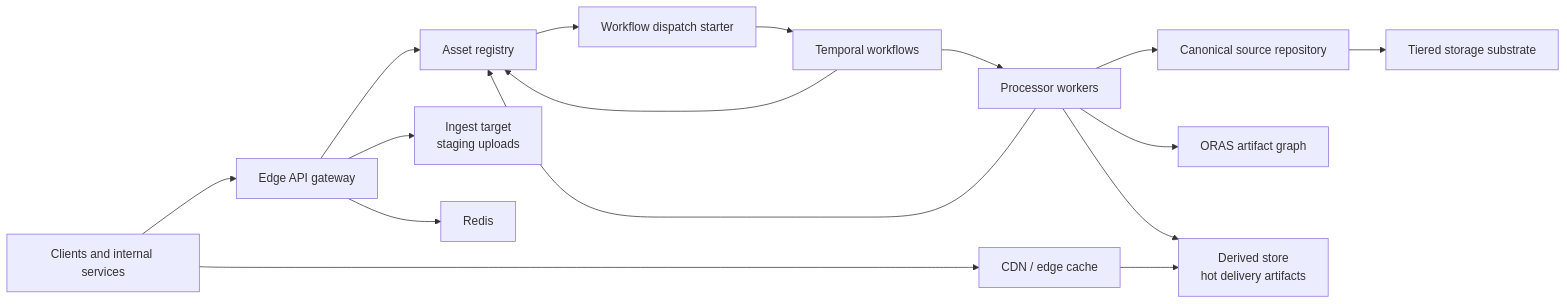
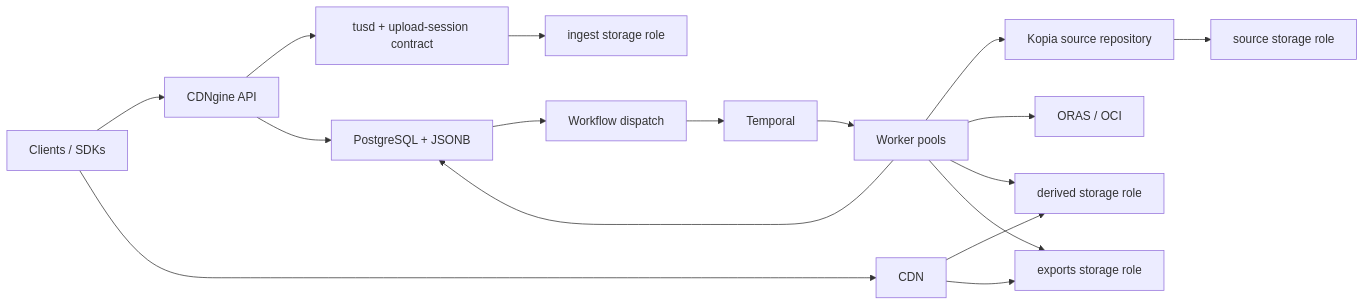
Before and after one commit to Yeusepe/cdngine: the first of 15 diagrams in docs/architecture.md, drawn with Mermaid. The commit also changed other lines of this file and 23 other files, not shown here.

````diff
--- a/docs/architecture.md
+++ b/docs/architecture.md
@@ -154,18 +154,19 @@
 ```mermaid
 flowchart LR
-    Clients["Clients and internal services"] --> Gateway["Edge API gateway"]
-    Gateway --> Registry["Asset registry"]
-    Gateway --> Ingest["Ingest target\nstaging uploads"]
-    Gateway --> Redis["Redis"]
-    Registry --> Starter["Workflow dispatch starter"]
-    Starter --> Temporal["Temporal workflows"]
-    Temporal --> Workers["Processor workers"]
-    Workers --> SourceRepo["Canonical source repository"]
-    SourceRepo --> Tiered["Tiered storage substrate"]
-    Workers --> ArtifactGraph["ORAS artifact graph"]
-    Workers --> Derived["Derived store\nhot delivery artifacts"]
+    Clients["Clients / SDKs"] --> Gateway["CDNgine API"]
+    Gateway --> Ingest["tusd + upload-session contract"]
+    Gateway --> Registry["PostgreSQL + JSONB"]
+    Registry --> Starter["Workflow dispatch"]
+    Starter --> Temporal["Temporal"]
+    Temporal --> Workers["Worker pools"]
+    Ingest --> IngestStore["ingest storage role"]
+    Workers --> SourceRepo["Kopia source repository"]
+    SourceRepo --> SourceBacking["source storage role"]
+    Workers --> ArtifactGraph["ORAS / OCI"]
+    Workers --> Derived["derived storage role"]
+    Workers --> Exports["exports storage role"]
     Workers --> Registry
-    Temporal --> Registry
-    CDN["CDN / edge cache"] --> Derived
+    CDN["CDN"] --> Derived
+    CDN --> Exports
     Clients --> CDN
 ```
````
